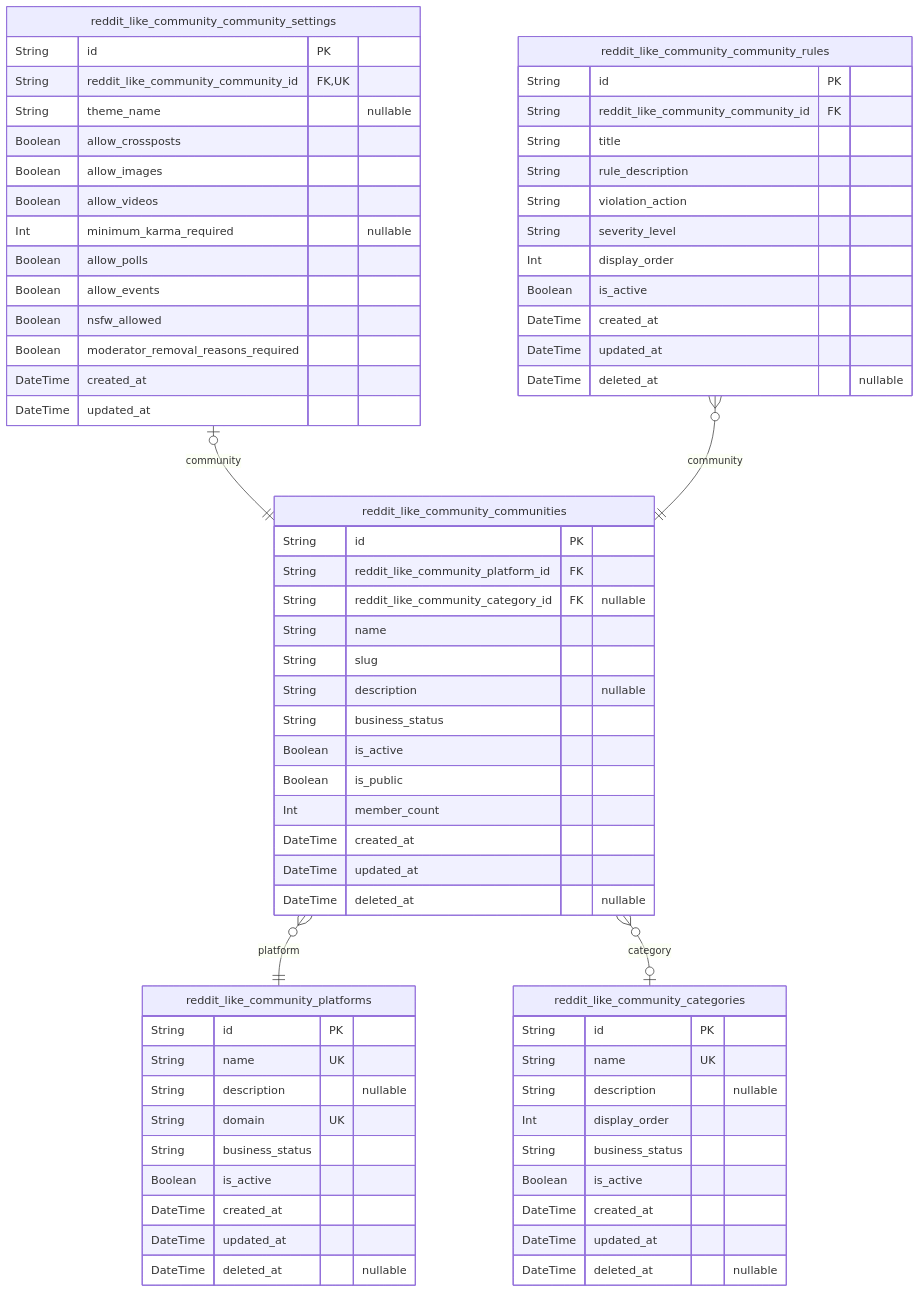
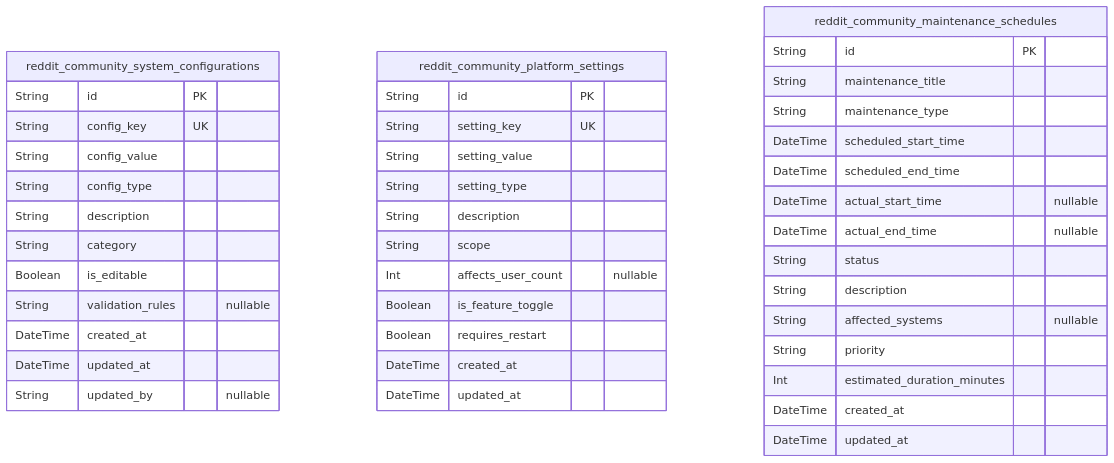
One commit to wrtnlabs/autobe-examples changed the first of 8 diagrams in moonshotai/kimi-k2-0905-exacto/reddit/docs/ERD.md. Above: the diagram before and after it, drawn with Mermaid. The commit also changed other lines of this file and 22498 other files, not shown here.

````diff
--- a/moonshotai/kimi-k2-0905-exacto/reddit/docs/ERD.md
+++ b/moonshotai/kimi-k2-0905-exacto/reddit/docs/ERD.md
@@ -17,72 +16,45 @@
 ```mermaid
 erDiagram
-"reddit_like_community_platforms" {
+"reddit_community_system_configurations" {
   String id PK
-  String name UK
-  String description "nullable"
-  String domain UK
-  String business_status
-  Boolean is_active
+  String config_key UK
+  String config_value
+  String config_type
+  String description
+  String category
+  Boolean is_editable
+  String validation_rules "nullable"
   DateTime created_at
   DateTime updated_at
-  DateTime deleted_at "nullable"
+  String updated_by "nullable"
 }
-"reddit_like_community_categories" {
+"reddit_community_platform_settings" {
   String id PK
-  String name UK
-  String description "nullable"
-  Int display_order
-  String business_status
-  Boolean is_active
-  DateTime created_at
-  DateTime updated_at
-  DateTime deleted_at "nullable"
-}
-"reddit_like_community_communities" {
-  String id PK
-  String reddit_like_community_platform_id FK
-  String reddit_like_community_category_id FK "nullable"
-  String name
-  String slug
-  String description "nullable"
-  String business_status
-  Boolean is_active
-  Boolean is_public
-  Int member_count
-  DateTime created_at
-  DateTime updated_at
-  DateTime deleted_at "nullable"
-}
-"reddit_like_community_community_settings" {
-  String id PK
-  String reddit_like_community_community_id FK,UK
-  String theme_name "nullable"
-  Boolean allow_crossposts
-  Boolean allow_images
-  Boolean allow_videos
-  Int minimum_karma_required "nullable"
-  Boolean allow_polls
-  Boolean allow_events
-  Boolean nsfw_allowed
-  Boolean moderator_removal_reasons_required
+  String setting_key UK
+  String setting_value
+  String setting_type
+  String description
+  String scope
+  Int affects_user_count "nullable"
+  Boolean is_feature_toggle
+  Boolean requires_restart
   DateTime created_at
   DateTime updated_at
 }
-"reddit_like_community_community_rules" {
+"reddit_community_maintenance_schedules" {
   String id PK
-  String reddit_like_community_community_id FK
-  String title
-  String rule_description
-  String violation_action
-  String severity_level
-  Int display_order
-  Boolean is_active
+  String maintenance_title
+  String maintenance_type
+  DateTime scheduled_start_time
+  DateTime scheduled_end_time
+  DateTime actual_start_time "nullable"
+  DateTime actual_end_time "nullable"
+  String status
+  String description
+  String affected_systems "nullable"
+  String priority
+  Int estimated_duration_minutes
   DateTime created_at
   DateTime updated_at
-  DateTime deleted_at "nullable"
 }
-"reddit_like_community_communities" }o--|| "reddit_like_community_platforms" : platform
-"reddit_like_community_communities" }o--o| "reddit_like_community_categories" : category
-"reddit_like_community_community_settings" |o--|| "reddit_like_community_communities" : community
-"reddit_like_community_community_rules" }o--|| "reddit_like_community_communities" : community
 ```
````
